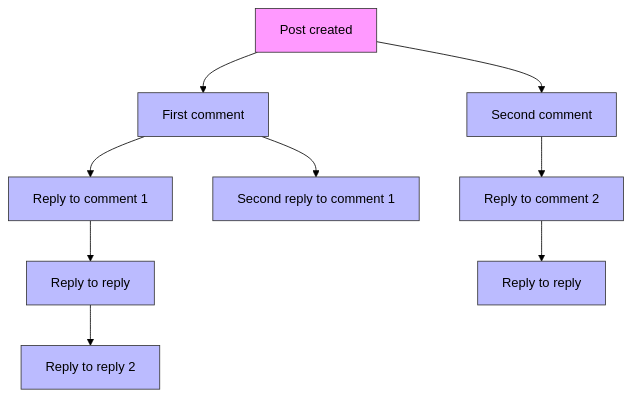
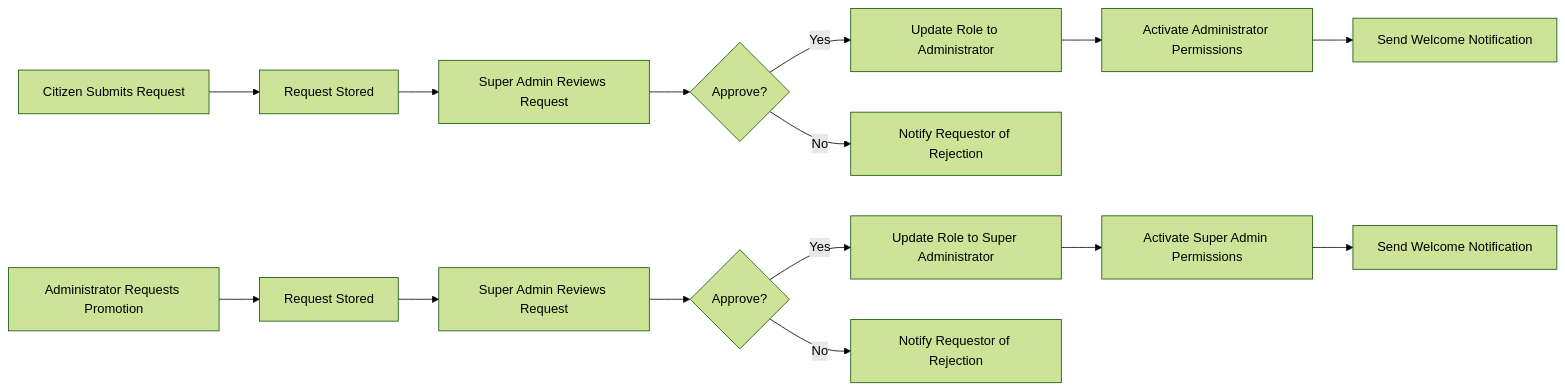
The second of 4 diagrams in qwen/qwen3-next-80b-a3b-instruct/bbs/docs/analysis/00-toc.md (wrtnlabs/autobe-examples), drawn with Mermaid (forest theme) before and after one commit. The commit also changed other lines of this file and 9391 other files, not shown here.

````diff
--- a/qwen/qwen3-next-80b-a3b-instruct/bbs/docs/analysis/00-toc.md
+++ b/qwen/qwen3-next-80b-a3b-instruct/bbs/docs/analysis/00-toc.md
@@ -113,21 +288,17 @@
 ```mermaid
-graph TD
-    A["Post created"] --> B["First comment"]
-    B --> C["Reply to comment 1"]
-    C --> D["Reply to reply"]
-    D --> E["Reply to reply 2"]
-    B --> F["Second reply to comment 1"]
-    A --> G["Second comment"]
-    G --> H["Reply to comment 2"]
-    H --> I["Reply to reply"]
-    
-    style A fill:#f9f,stroke:#333
-    style B fill:#bbf,stroke:#333
-    style C fill:#bbf,stroke:#333
-    style D fill:#bbf,stroke:#333
-    style E fill:#bbf,stroke:#333
-    style F fill:#bbf,stroke:#333
-    style G fill:#bbf,stroke:#333
-    style H fill:#bbf,stroke:#333
-    style I fill:#bbf,stroke:#333
+graph LR
+  A["Citizen Submits Request"] --> B["Request Stored"]
+  B --> C["Super Admin Reviews Request"]
+  C --> D{"Approve?"}
+  D -->|Yes| E["Update Role to Administrator"]
+  D -->|No| F["Notify Requestor of Rejection"]
+  E --> G["Activate Administrator Permissions"]
+  G --> H["Send Welcome Notification"]
+  I["Administrator Requests Promotion"] --> J["Request Stored"]
+  J --> K["Super Admin Reviews Request"]
+  K --> L{"Approve?"}
+  L -->|Yes| M["Update Role to Super Administrator"]
+  L -->|No| N["Notify Requestor of Rejection"]
+  M --> O["Activate Super Admin Permissions"]
+  O --> P["Send Welcome Notification"]
 ```
````
